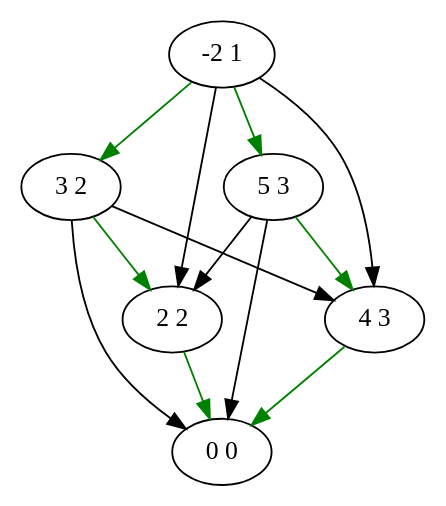
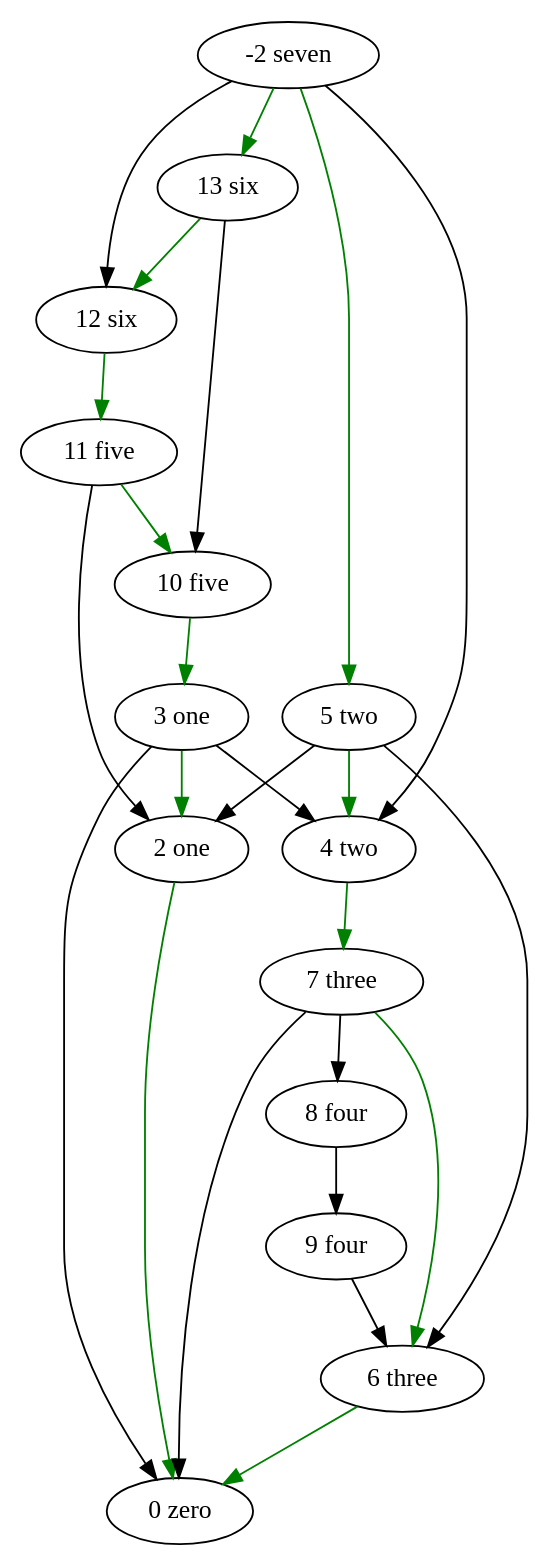
Before and after one commit to Xel4ek/lem_in: the diagram in 3.gv, drawn with Graphviz. The commit also changed 223 other files, not shown here.

Commit message:
work, /TODO add print graph add viz add some

```diff
--- a/3.gv
+++ b/3.gv
@@ -1,20 +1,40 @@
 digraph 4 {
-	"0 0";
-	"3 2";
-	"2 2";
-	"5 3";
-	"4 3";
-	"-2 1";
-	"5 3" -> "0 0";
-	"3 2" -> "0 0";
-	"4 3" -> "0 0" [dir = forward color = "green"];
-	"2 2" -> "0 0" [dir = forward color = "green"];
-	"-2 1" -> "3 2" [dir = forward color = "green"];
-	"3 2" -> "2 2" [dir = forward color = "green"];
-	"5 3" -> "2 2";
-	"-2 1" -> "2 2";
-	"-2 1" -> "5 3" [dir = forward color = "green"];
-	"3 2" -> "4 3";
-	"-2 1" -> "4 3";
-	"5 3" -> "4 3" [dir = forward color = "green"];
+	"0 zero";
+	"3 one";
+	"2 one";
+	"5 two";
+	"4 two";
+	"7 three";
+	"6 three";
+	"9 four";
+	"8 four";
+	"11 five";
+	"10 five";
+	"13 six";
+	"12 six";
+	"-2 seven";
+	"3 one" -> "0 zero";
+	"7 three" -> "0 zero";
+	"6 three" -> "0 zero" [dir = forward color = "green"];
+	"2 one" -> "0 zero" [dir = forward color = "green"];
+	"10 five" -> "3 one" [dir = forward color = "green"];
+	"5 two" -> "2 one";
+	"11 five" -> "2 one";
+	"3 one" -> "2 one" [dir = forward color = "green"];
+	"-2 seven" -> "5 two" [dir = forward color = "green"];
+	"-2 seven" -> "4 two";
+	"3 one" -> "4 two";
+	"5 two" -> "4 two" [dir = forward color = "green"];
+	"4 two" -> "7 three" [dir = forward color = "green"];
+	"5 two" -> "6 three";
+	"9 four" -> "6 three";
+	"7 three" -> "6 three" [dir = forward color = "green"];
+	"8 four" -> "9 four";
+	"7 three" -> "8 four";
+	"12 six" -> "11 five" [dir = forward color = "green"];
+	"11 five" -> "10 five" [dir = forward color = "green"];
+	"13 six" -> "10 five";
+	"-2 seven" -> "13 six" [dir = forward color = "green"];
+	"13 six" -> "12 six" [dir = forward color = "green"];
+	"-2 seven" -> "12 six";
 	}
```
